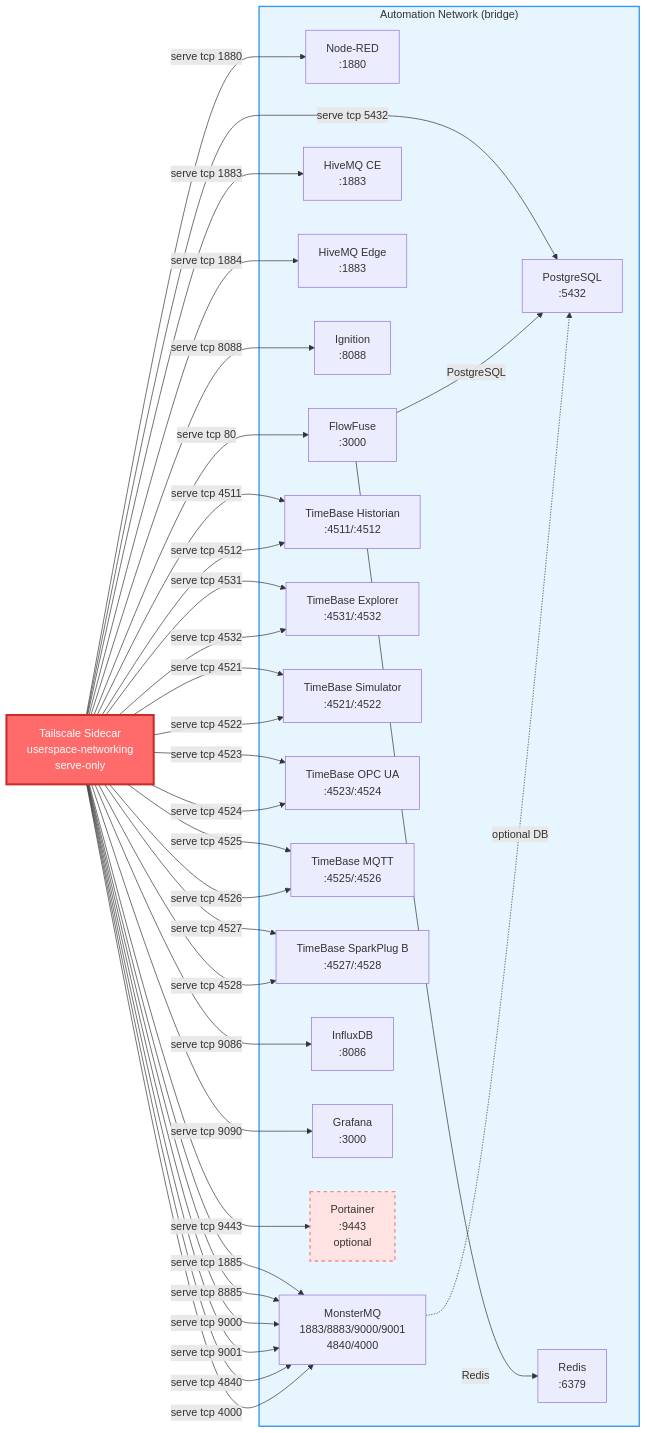
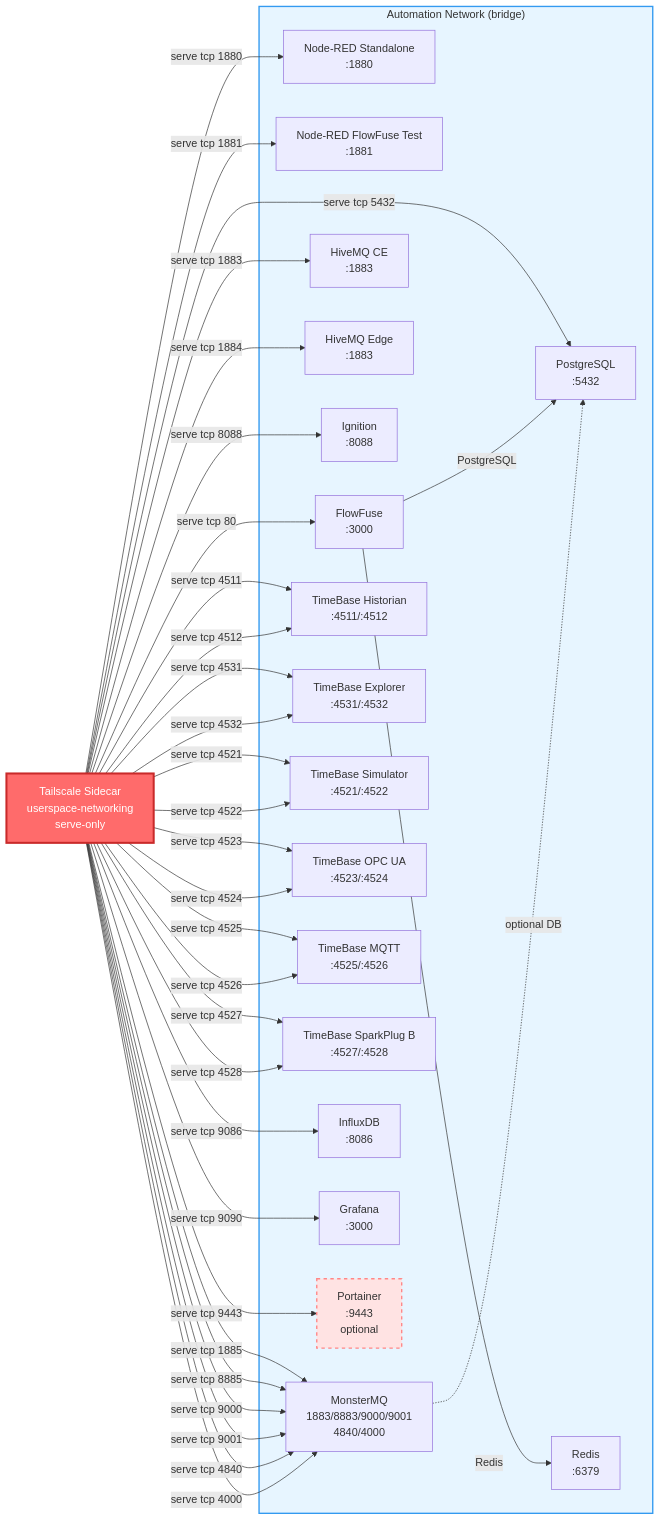
Before and after one commit to zbest1000/Full-Automation-Stack-Dev: the diagram in README.md, drawn with Mermaid. The commit also changed other lines of this file and 3 other files, not shown here.

Commit message:
feat: Add FlowFuse domain config and separate Node-RED instances

````diff
--- a/README.md
+++ b/README.md
@@ -600,60 +627,62 @@
 ```mermaid
 flowchart LR
   TS[Tailscale Sidecar<br/>userspace-networking<br/>serve-only]
   
   subgraph AppNet["Automation Network (bridge)"]
-    NR[Node-RED<br/>:1880]
+    NR[Node-RED Standalone<br/>:1880]
+    NRT[Node-RED FlowFuse Test<br/>:1881]
     FF[FlowFuse<br/>:3000]
     HM[HiveMQ CE<br/>:1883]
     HME[HiveMQ Edge<br/>:1883]
     IG[Ignition<br/>:8088]
     MQ[MonsterMQ<br/>1883/8883/9000/9001<br/>4840/4000]
     TBH[TimeBase Historian<br/>:4511/:4512]
     TBE[TimeBase Explorer<br/>:4531/:4532]
     TBS[TimeBase Simulator<br/>:4521/:4522]
     TBO[TimeBase OPC UA<br/>:4523/:4524]
     TBM[TimeBase MQTT<br/>:4525/:4526]
     TBSP[TimeBase SparkPlug B<br/>:4527/:4528]
     IF[InfluxDB<br/>:8086]
     GF[Grafana<br/>:3000]
     PG[PostgreSQL<br/>:5432]
     RD[Redis<br/>:6379]
     PT[Portainer<br/>:9443<br/>optional]
   end
   
   TS -->|serve tcp 1880| NR
+  TS -->|serve tcp 1881| NRT
   TS -->|serve tcp 80| FF
   TS -->|serve tcp 1883| HM
   TS -->|serve tcp 1884| HME
   TS -->|serve tcp 1885| MQ
   TS -->|serve tcp 8885| MQ
   TS -->|serve tcp 9000| MQ
   TS -->|serve tcp 9001| MQ
   TS -->|serve tcp 4840| MQ
   TS -->|serve tcp 4000| MQ
   TS -->|serve tcp 8088| IG
   TS -->|serve tcp 4511| TBH
   TS -->|serve tcp 4512| TBH
   TS -->|serve tcp 4531| TBE
   TS -->|serve tcp 4532| TBE
   TS -->|serve tcp 4521| TBS
   TS -->|serve tcp 4522| TBS
   TS -->|serve tcp 4523| TBO
   TS -->|serve tcp 4524| TBO
   TS -->|serve tcp 4525| TBM
   TS -->|serve tcp 4526| TBM
   TS -->|serve tcp 4527| TBSP
   TS -->|serve tcp 4528| TBSP
   TS -->|serve tcp 9086| IF
   TS -->|serve tcp 9090| GF
   TS -->|serve tcp 5432| PG
   TS -->|serve tcp 9443| PT
   
   FF -->|PostgreSQL| PG
   FF -->|Redis| RD
   MQ -.->|optional DB| PG
   
   style TS fill:#ff6b6b,stroke:#c92a2a,stroke-width:3px,color:#fff
   style AppNet fill:#e7f5ff,stroke:#339af0,stroke-width:2px
   style PT fill:#ffe3e3,stroke:#ff8787,stroke-width:2px,stroke-dasharray: 5 5
 ```
````
